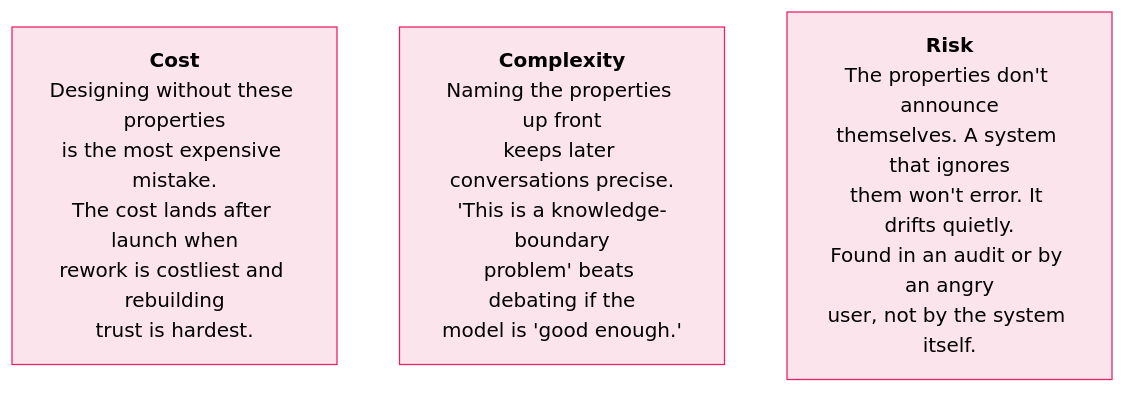
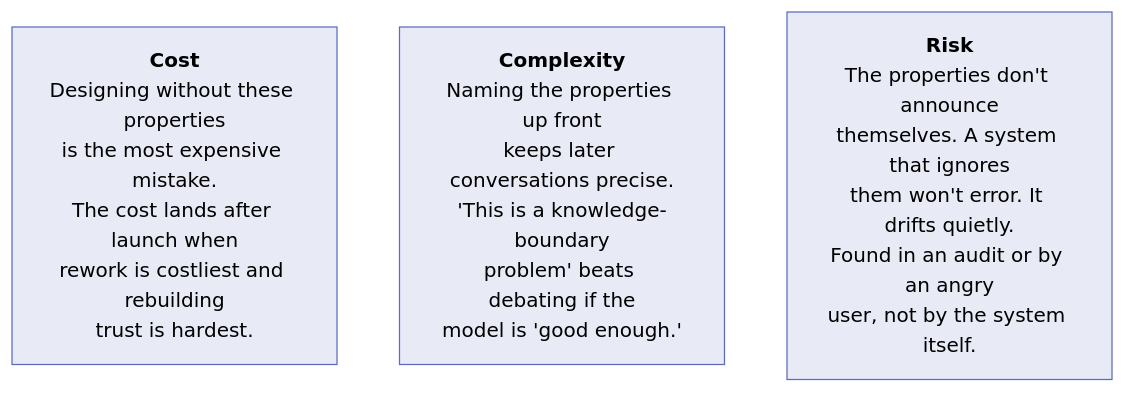
The seventh of 8 diagrams in Professional/01-Claude-Platform-and-Solution-Design/01-How-Claude-Behaves.md (shreyabaid007/Claude-Certified-Architect), drawn with Mermaid before and after one commit. The commit also changed 1 other file, not shown here.

Commit message:
Switch Cost/Complexity/Risk to soft lavender

````diff
--- a/Professional/01-Claude-Platform-and-Solution-Design/01-How-Claude-Behaves.md
+++ b/Professional/01-Claude-Platform-and-Solution-Design/01-How-Claude-Behaves.md
@@ -138,10 +138,10 @@
 ```mermaid
 flowchart LR
-    classDef risk fill:#fce4ec,stroke:#e91e63,color:#000
+    classDef risk fill:#e8eaf6,stroke:#5c6bc0,color:#000
 
     C["<b>Cost</b><br/>Designing without these properties<br/>is the most expensive mistake.<br/>The cost lands after launch when<br/>rework is costliest and rebuilding<br/>trust is hardest."]:::risk
     X["<b>Complexity</b><br/>Naming the properties up front<br/>keeps later conversations precise.<br/>'This is a knowledge-boundary<br/>problem' beats debating if the<br/>model is 'good enough.'"]:::risk
     R["<b>Risk</b><br/>The properties don't announce<br/>themselves. A system that ignores<br/>them won't error. It drifts quietly.<br/>Found in an audit or by an angry<br/>user, not by the system itself."]:::risk
 
     C ~~~ X ~~~ R
 ```
````
